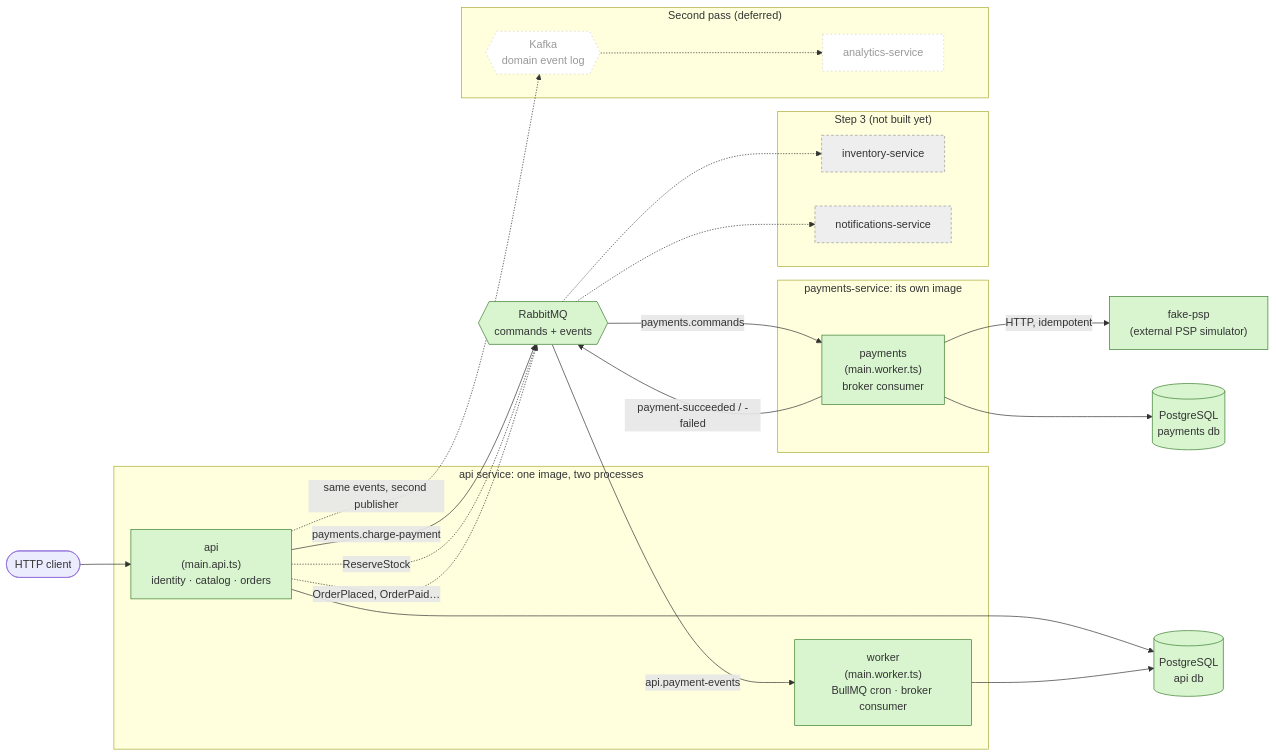
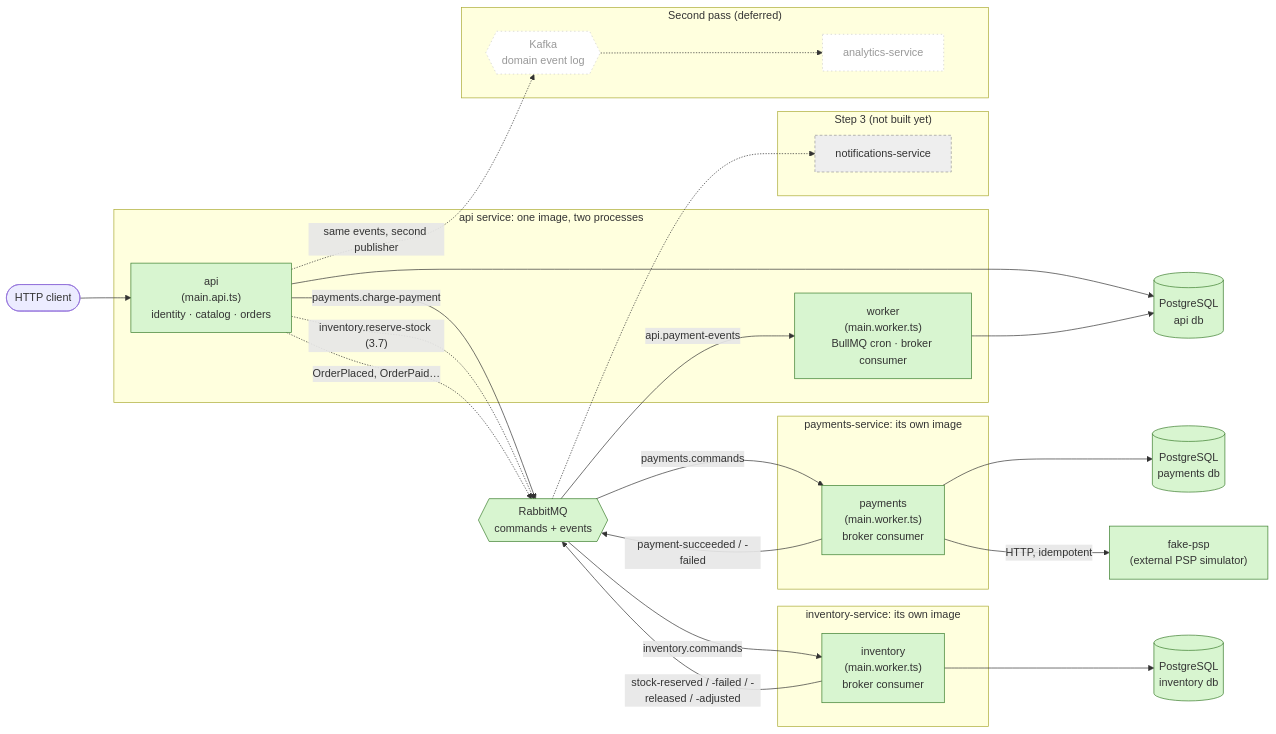
One commit to KarpAAA/order-management changed the first of 5 diagrams in docs/architecture.md. Above: the diagram before and after it, drawn with Mermaid. The commit also changed other lines of this file and 8 other files, not shown here.

First line of the commit message:
docs: record the inventory service

````diff
--- a/docs/architecture.md
+++ b/docs/architecture.md
@@ -8,47 +8,53 @@
 ```mermaid
 flowchart LR
   client([HTTP client]) --> api
 
   subgraph apiSvc["api service: one image, two processes"]
     api["api<br/>(main.api.ts)<br/>identity · catalog · orders"]
     worker["worker<br/>(main.worker.ts)<br/>BullMQ cron · broker consumer"]
   end
 
   subgraph paySvc["payments-service: its own image"]
     payments["payments<br/>(main.worker.ts)<br/>broker consumer"]
   end
 
   rabbit{{RabbitMQ<br/>commands + events}}
 
   api --> pg[("PostgreSQL<br/>api db")]
   worker --> pg
   api -- "payments.charge-payment" --> rabbit
   rabbit -- "payments.commands" --> payments
   payments -- "payment-succeeded / -failed" --> rabbit
   rabbit -- "api.payment-events" --> worker
   payments --> paydb[("PostgreSQL<br/>payments db")]
   payments -- "HTTP, idempotent" --> psp["fake-psp<br/>(external PSP simulator)"]
 
+  subgraph invSvc["inventory-service: its own image"]
+    inventory["inventory<br/>(main.worker.ts)<br/>broker consumer"]
+  end
+
   subgraph later["Step 3 (not built yet)"]
-    inventory["inventory-service"]
     notifications["notifications-service"]
   end
 
   subgraph second["Second pass (deferred)"]
     analytics["analytics-service"]
     kafka{{Kafka<br/>domain event log}}
   end
 
-  api -. "ReserveStock" .-> rabbit
+  rabbit -- "inventory.commands" --> inventory
+  inventory -- "stock-reserved / -failed / -released / -adjusted" --> rabbit
+  inventory --> invdb[("PostgreSQL<br/>inventory db")]
+  api -. "inventory.reserve-stock (3.7)" .-> rabbit
   api -. "OrderPlaced, OrderPaid…" .-> rabbit
-  rabbit -.-> inventory & notifications
+  rabbit -.-> notifications
   api -. "same events, second publisher" .-> kafka
   kafka -.-> analytics
 
   classDef built fill:#d8f5d0,stroke:#3a7d2c;
   classDef future fill:#eee,stroke:#999,stroke-dasharray: 4 3;
   classDef deferred fill:#fff,stroke:#ccc,stroke-dasharray: 2 4,color:#999;
-  class api,worker,pg,psp,payments,paydb,rabbit built;
-  class inventory,notifications future;
+  class api,worker,pg,psp,payments,paydb,rabbit,inventory,invdb built;
+  class notifications future;
   class analytics,kafka deferred;
 ```
````
